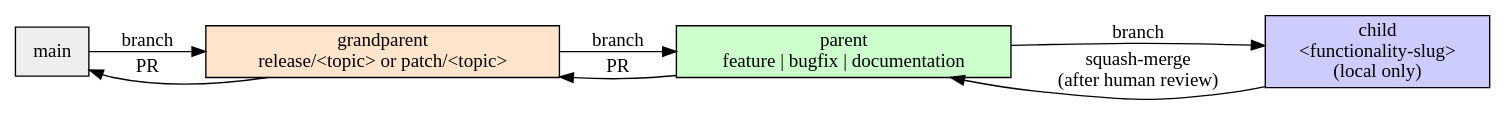
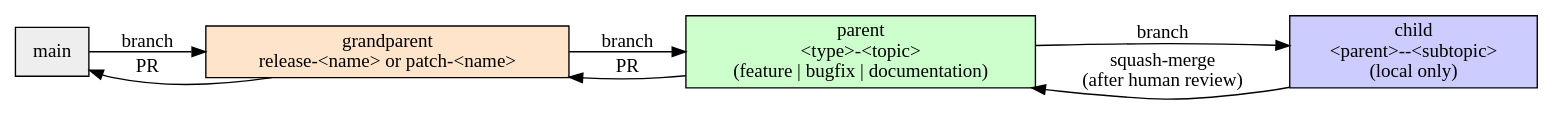
Before and after one commit to heitorpfigueira/my-superpowers: the diagram in skills/git-branch-workflow/SKILL.md, drawn with Graphviz. The commit also changed other lines of this file and 1 other file, not shown here.

````diff
--- a/skills/git-branch-workflow/SKILL.md
+++ b/skills/git-branch-workflow/SKILL.md
@@ -18,16 +18,16 @@
 ```dot
 digraph tiers {
     rankdir=LR;
     main [shape=box, style=filled, fillcolor="#eeeeee"];
-    grandparent [label="grandparent\nrelease/<topic> or patch/<topic>", shape=box, style=filled, fillcolor="#ffe4cc"];
-    parent [label="parent\nfeature | bugfix | documentation", shape=box, style=filled, fillcolor="#ccffcc"];
-    child [label="child\n<functionality-slug>\n(local only)", shape=box, style=filled, fillcolor="#ccccff"];
+    grandparent [label="grandparent\nrelease-<name> or patch-<name>", shape=box, style=filled, fillcolor="#ffe4cc"];
+    parent [label="parent\n<type>-<topic>\n(feature | bugfix | documentation)", shape=box, style=filled, fillcolor="#ccffcc"];
+    child [label="child\n<parent>--<subtopic>\n(local only)", shape=box, style=filled, fillcolor="#ccccff"];
 
     main -> grandparent [label="branch"];
     grandparent -> parent [label="branch"];
     parent -> child [label="branch"];
     child -> parent [label="squash-merge\n(after human review)"];
     parent -> grandparent [label="PR"];
     grandparent -> main [label="PR"];
 }
 ```
````
